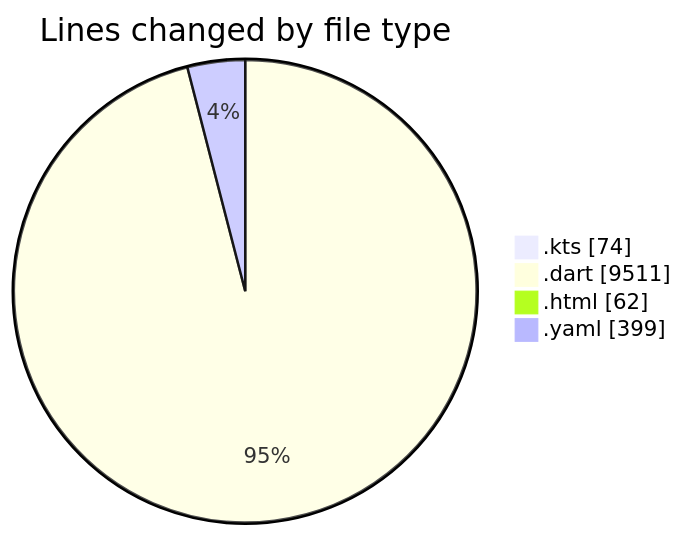
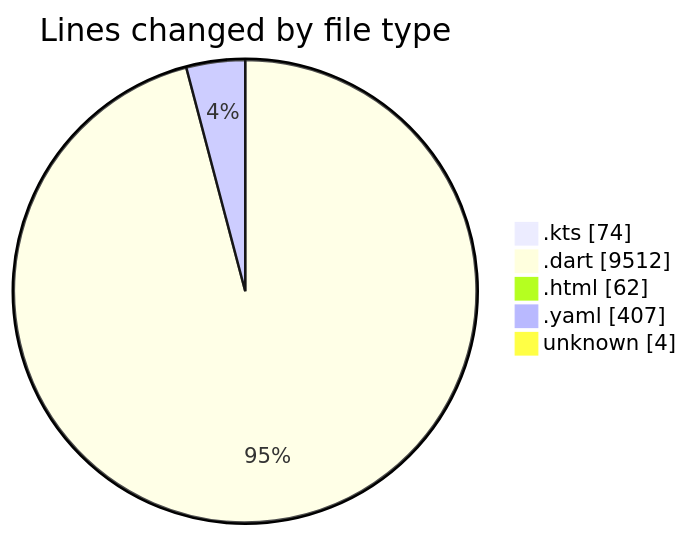
One commit to lephambinh05/code-tracking changed the first of 2 diagrams in 2025-08-03/studybuddy/README.md. Above: the diagram before and after it, drawn with Mermaid. The commit also changed other lines of this file and 1 other file, not shown here.

````diff
--- a/2025-08-03/studybuddy/README.md
+++ b/2025-08-03/studybuddy/README.md
@@ -54,8 +58,9 @@
 ```mermaid
 pie showData
 title Lines changed by file type
 ".kts" : 74
-".dart" : 9511
+".dart" : 9512
 ".html" : 62
-".yaml" : 399
+".yaml" : 407
+"unknown" : 4
 ```
````
